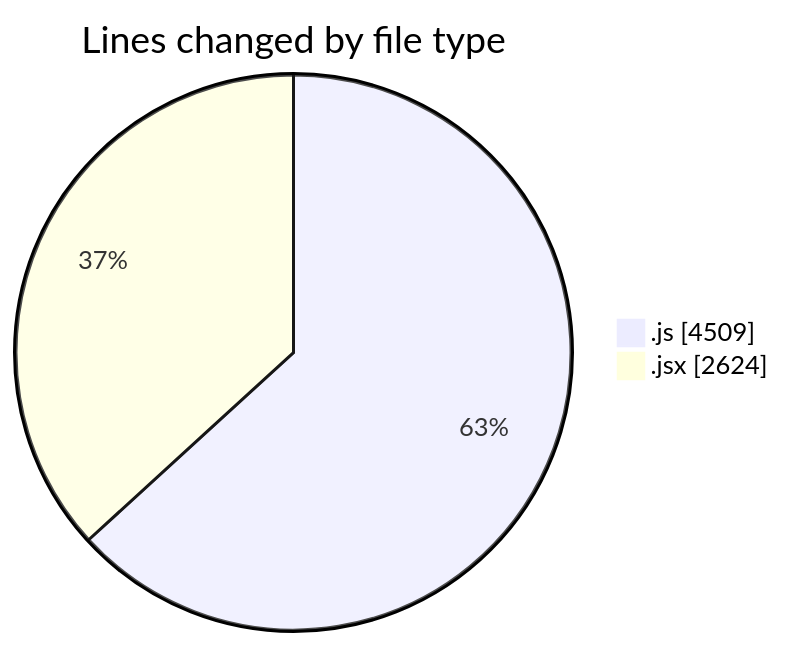
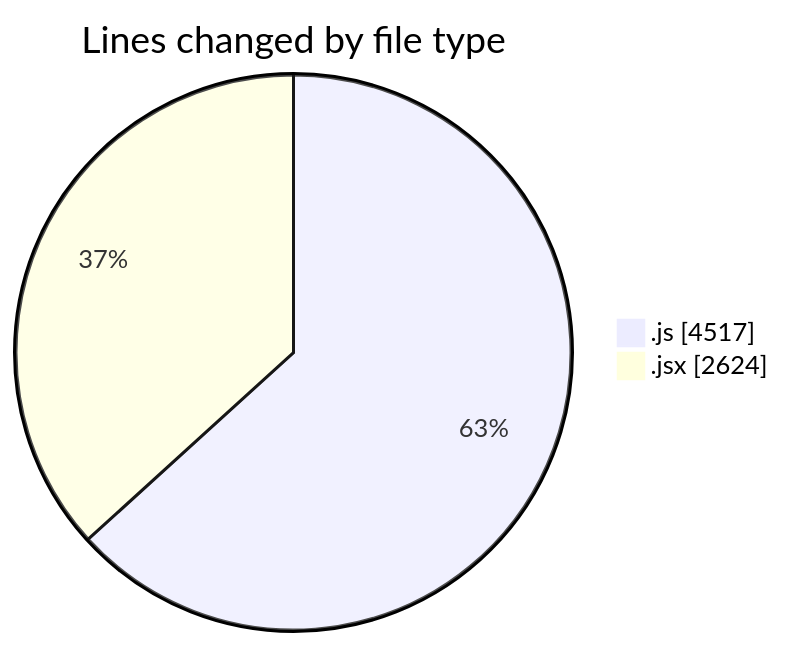
Before and after one commit to nxtqubesakshisongat/code-tracking: the first of 2 diagrams in 2025-08-13/nxtqube_webapp/README.md, drawn with Mermaid. The commit also changed other lines of this file and 1 other file, not shown here.

````diff
--- a/2025-08-13/nxtqube_webapp/README.md
+++ b/2025-08-13/nxtqube_webapp/README.md
@@ -26,6 +26,6 @@
 ```mermaid
 pie showData
 title Lines changed by file type
-".js" : 4509
+".js" : 4517
 ".jsx" : 2624
 ```
````
